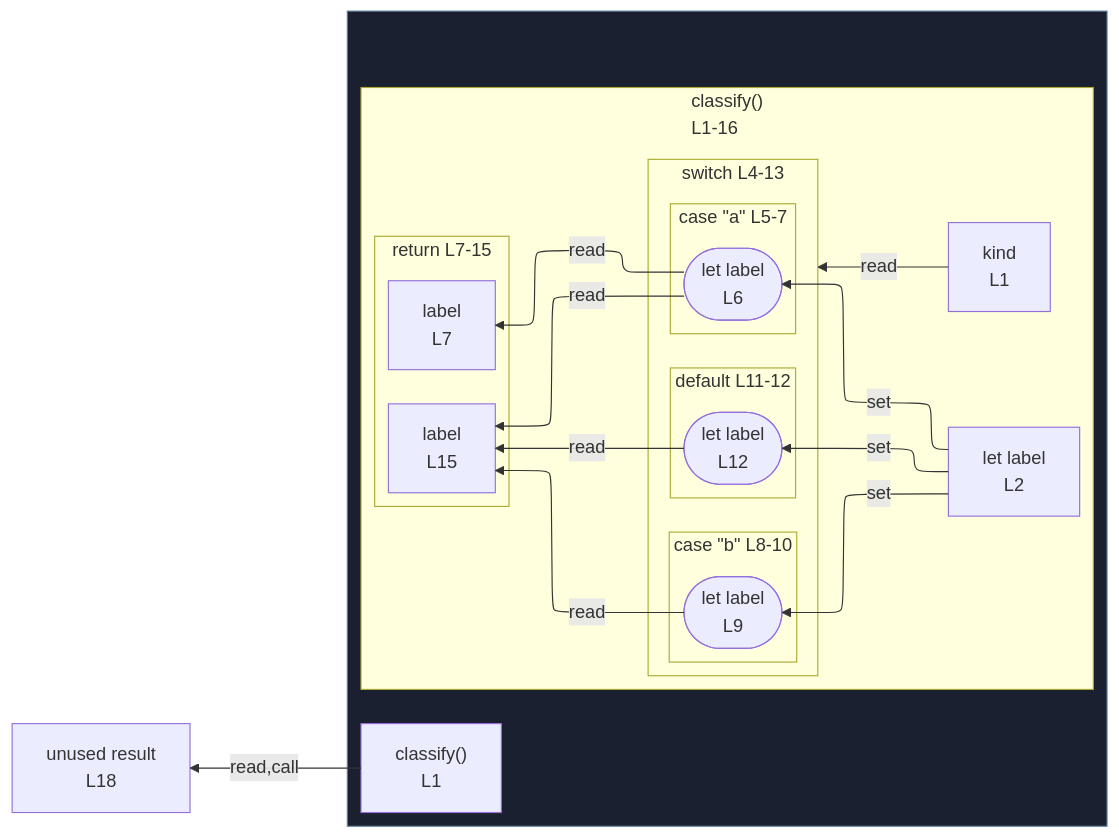
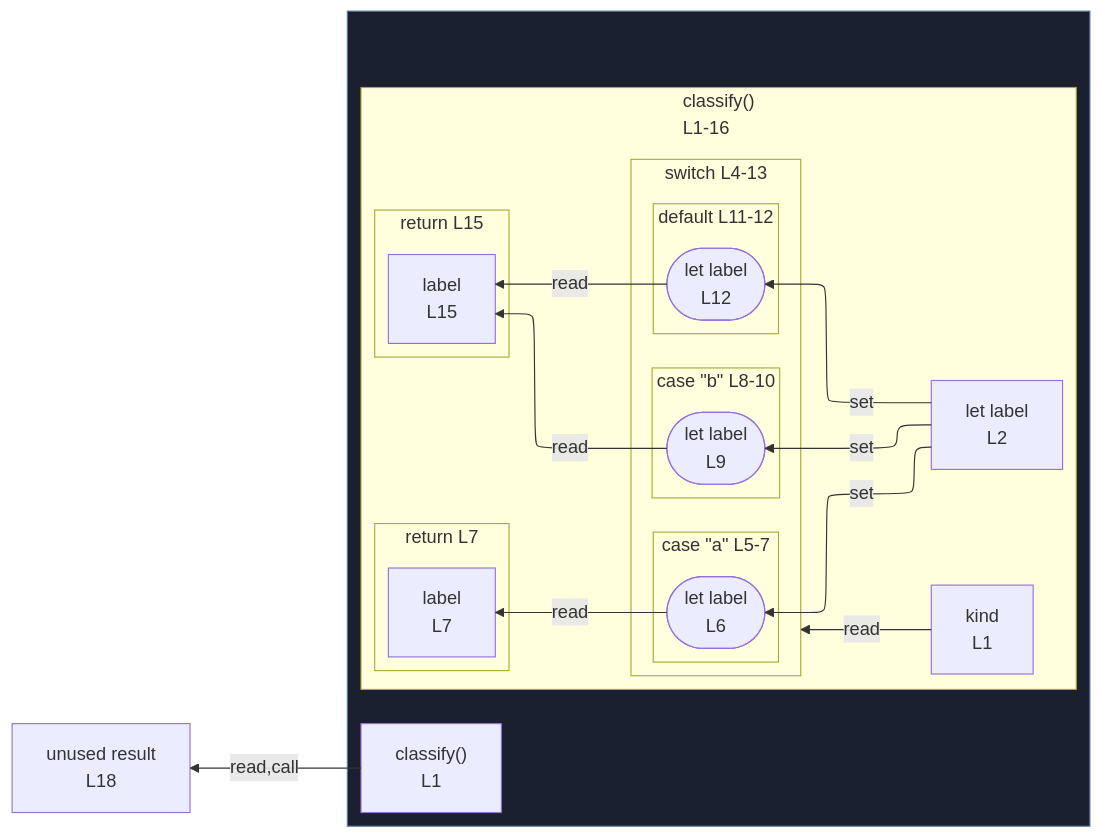
The diagram in integration/fixtures/control-switch-return/preview.md (crescware/unsnarl), drawn with Mermaid before and after one commit. The commit also changed 66 other files, not shown here.

````diff
--- a/integration/fixtures/control-switch-return/preview.md
+++ b/integration/fixtures/control-switch-return/preview.md
@@ -28,45 +28,47 @@
 ```mermaid
 %%{init: {"flowchart": {"defaultRenderer": "elk"}}}%%
 flowchart RL
   n_scope_0_result_243["unused result<br/>L18"]
   subgraph wrap_s_scope_1[" "]
     direction TB
     n_scope_0_classify_9["classify()<br/>L1"]
     subgraph s_scope_1["classify()<br/>L1-16"]
       direction RL
       n_scope_1_kind_18["kind<br/>L1"]
       n_scope_1_label_40["let label<br/>L2"]
-      subgraph s_return_scope_0_classify_9["return L7-15"]
-        direction RL
-        ret_use_ref_2["label<br/>L7"]
-        ret_use_ref_5["label<br/>L15"]
-      end
       subgraph s_scope_2["switch L4-13"]
         direction RL
         subgraph s_scope_3["case &quot;a&quot; L5-7"]
           direction RL
           wr_ref_1(["let label<br/>L6"])
         end
         subgraph s_scope_4["case &quot;b&quot; L8-10"]
           direction RL
           wr_ref_3(["let label<br/>L9"])
         end
         subgraph s_scope_5["default L11-12"]
           direction RL
           wr_ref_4(["let label<br/>L12"])
         end
       end
+      subgraph s_return_scope_0_classify_9_114_127["return L7"]
+        direction RL
+        ret_use_ref_2["label<br/>L7"]
+      end
+      subgraph s_return_scope_0_classify_9_220_233["return L15"]
+        direction RL
+        ret_use_ref_5["label<br/>L15"]
+      end
     end
   end
   n_scope_1_label_40 -->|set| wr_ref_1
   n_scope_1_label_40 -->|set| wr_ref_3
   n_scope_1_label_40 -->|set| wr_ref_4
   n_scope_1_kind_18 -->|read| s_scope_2
   wr_ref_1 -->|read| ret_use_ref_2
-  wr_ref_1 -->|read| ret_use_ref_5
   wr_ref_3 -->|read| ret_use_ref_5
   wr_ref_4 -->|read| ret_use_ref_5
   n_scope_0_classify_9 -->|read,call| n_scope_0_result_243
   classDef fnWrap fill:#1a2030,stroke:#5a7d99;
   class wrap_s_scope_1 fnWrap;
 ```
````
